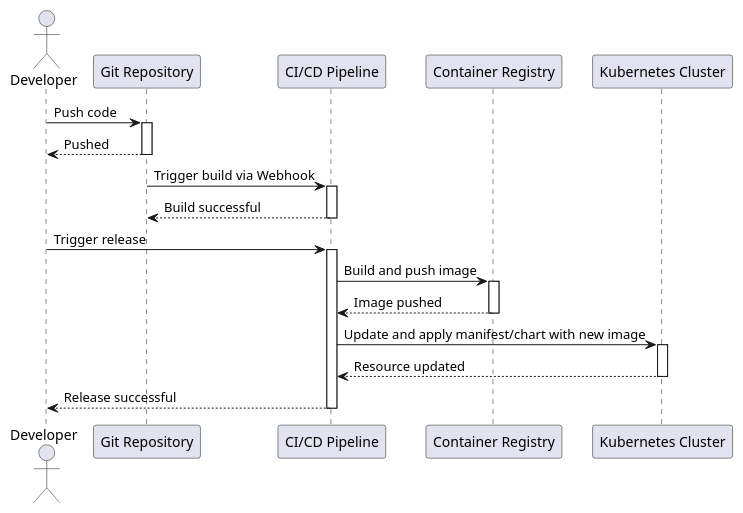
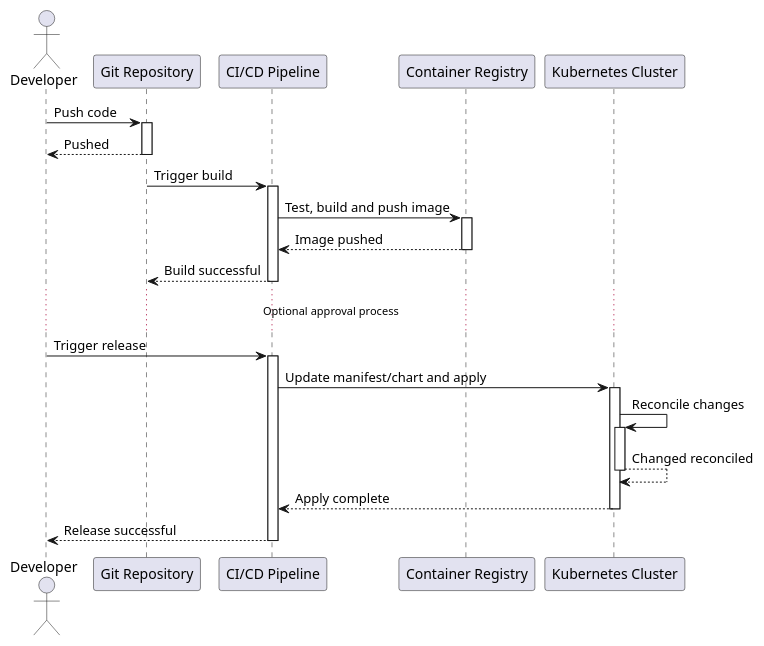
One commit to cristianrgreco/cristianrgreco.github.io- changed the first of 2 diagrams in _posts/2024-11-21-flux-and-gitops.adoc. Above: the diagram before and after it, drawn with PlantUML. The commit also changed other lines of this file and 1 other file, not shown here.

Commit message:
Post: Flux and GitOps

```diff
--- a/_posts/2024-11-21-flux-and-gitops.adoc
+++ b/_posts/2024-11-21-flux-and-gitops.adoc
@@ -12,22 +12,28 @@
-[plantuml,format=svg]
+[plantuml, format=svg]
 ----
 autoactivate on
 Actor Developer
 Participant "Git Repository" as Git
 Participant "CI/CD Pipeline" as Pipeline
 Participant "Container Registry" as Registry
 Participant "Kubernetes Cluster" as Cluster
 
 Developer -> Git: Push code
 return Pushed
 
-Git -> Pipeline: Trigger build via Webhook
+Git -> Pipeline: Trigger build
+Pipeline -> Registry: Test, build and push image
+return Image pushed
 return Build successful
 
+...Optional approval process...
+
 Developer -> Pipeline: Trigger release
-Pipeline -> Registry: Build and push image
-return Image pushed
-Pipeline -> Cluster: Update and apply manifest/chart with new image
-return Resource updated
+Pipeline -> Cluster: Update manifest/chart and apply
+
+Cluster -> Cluster: Reconcile changes
+return Changed reconciled
+return Apply complete
+
 return Release successful
 ----
```
